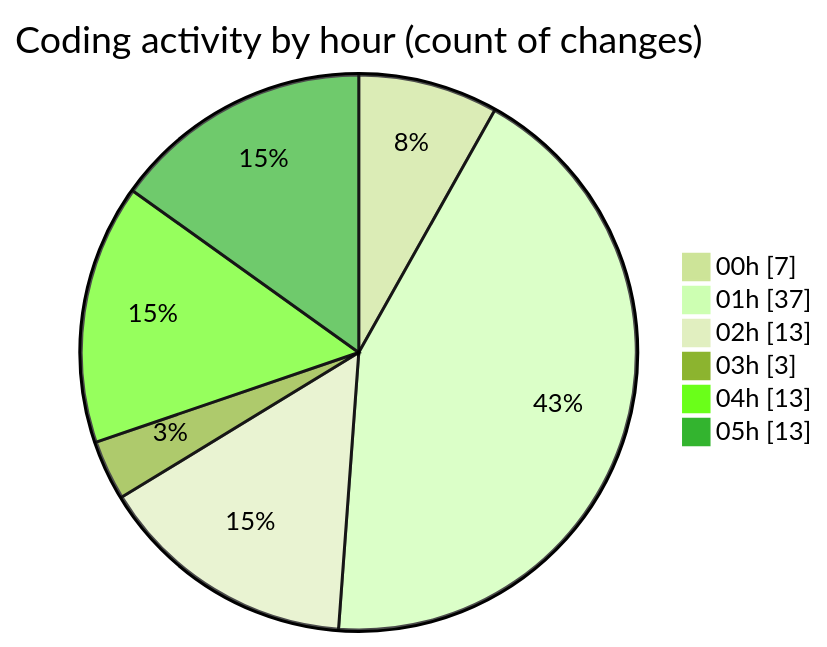
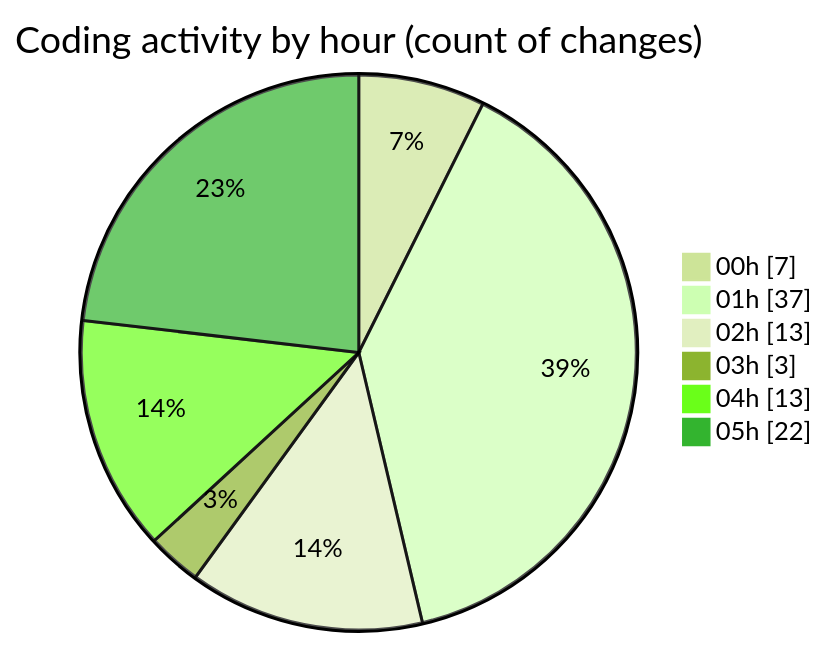
One commit to charlie-sans/code-tracking changed the second of 2 diagrams in 2025-02-23/micros/README.md. Above: the diagram before and after it, drawn with Mermaid (forest theme). The commit also changed other lines of this file and 1 other file, not shown here.

````diff
--- a/2025-02-23/micros/README.md
+++ b/2025-02-23/micros/README.md
@@ -55,10 +58,10 @@
 ```mermaid
 pie showData
 title Coding activity by hour (count of changes)
 "00h" : 7
 "01h" : 37
 "02h" : 13
 "03h" : 3
 "04h" : 13
-"05h" : 13
+"05h" : 22
 ```
````
